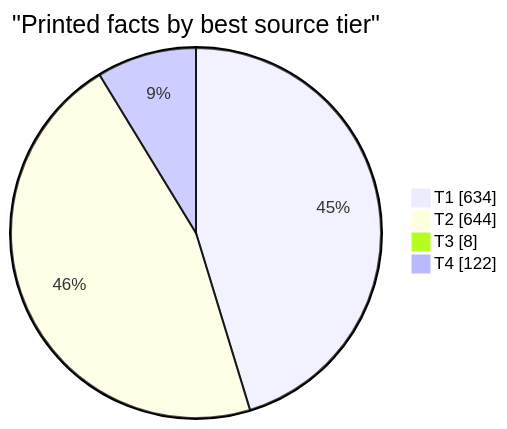
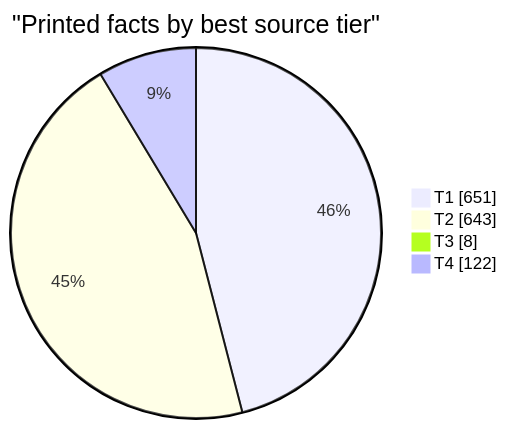
One commit to EU27-data-sovereignty/eu27-data-sovereignty changed the second of 5 diagrams in docs/evidence.md. Above: the diagram before and after it, drawn with Mermaid. The commit also changed other lines of this file and 61 other files, not shown here.

````diff
--- a/docs/evidence.md
+++ b/docs/evidence.md
@@ -36,8 +36,8 @@
 ```mermaid
 pie showData
   title "Printed facts by best source tier"
-  "T1" : 634
-  "T2" : 644
+  "T1" : 651
+  "T2" : 643
   "T3" : 8
   "T4" : 122
 ```
````
